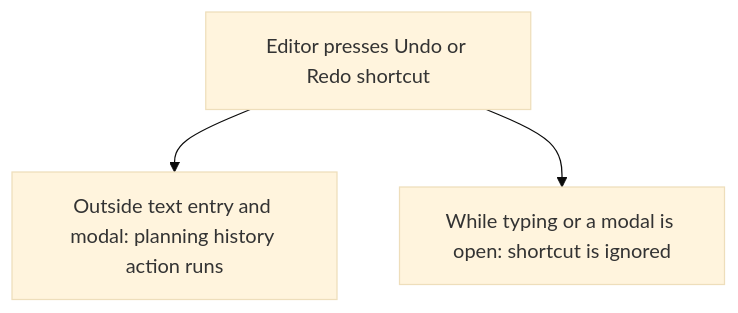
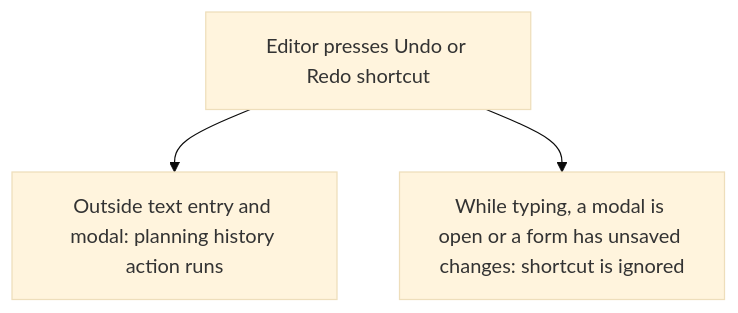
Before and after one commit to Kevinjohn/capacitylens: the first of 2 diagrams in user-stories/toolbar/US-TBR-07-undo-redo-keyboard.md, drawn with Mermaid (base theme). The commit also changed other lines of this file and 119 other files, not shown here.

First line of the commit message:
docs: correct story text and flow diagrams against current source

````diff
--- a/user-stories/toolbar/US-TBR-07-undo-redo-keyboard.md
+++ b/user-stories/toolbar/US-TBR-07-undo-redo-keyboard.md
@@ -22,8 +22,8 @@
 ```mermaid
 flowchart TD
   A["Editor presses Undo or Redo shortcut"]
   B["Outside text entry and modal: planning history action runs"]
-  C["While typing or a modal is open: shortcut is ignored"]
+  C["While typing, a modal is open or a form has unsaved changes: shortcut is ignored"]
   A --> B
   A --> C
 ```
````
